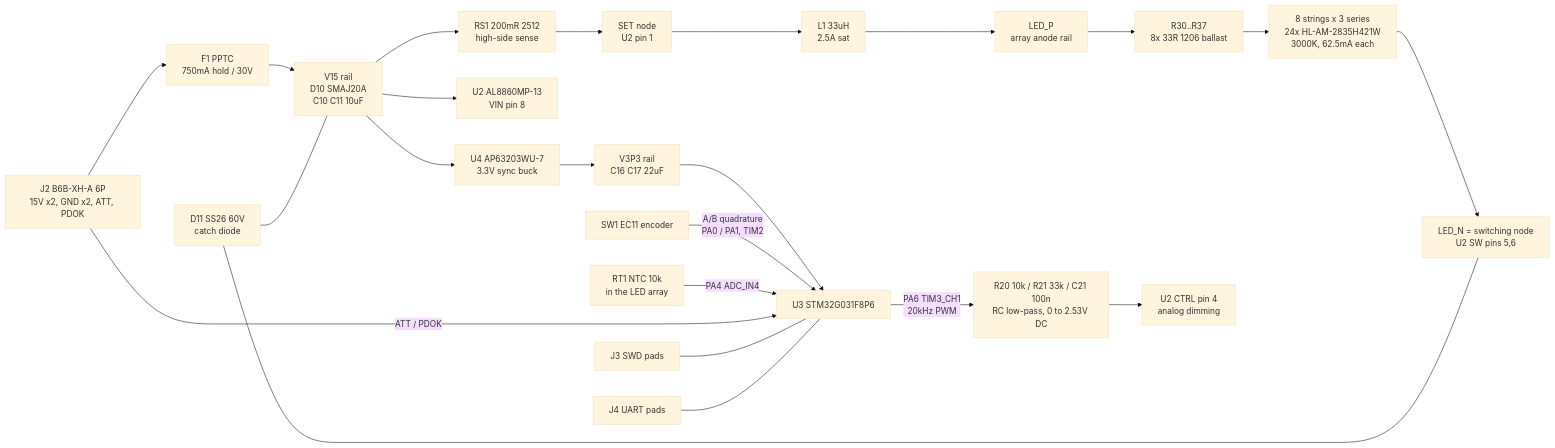
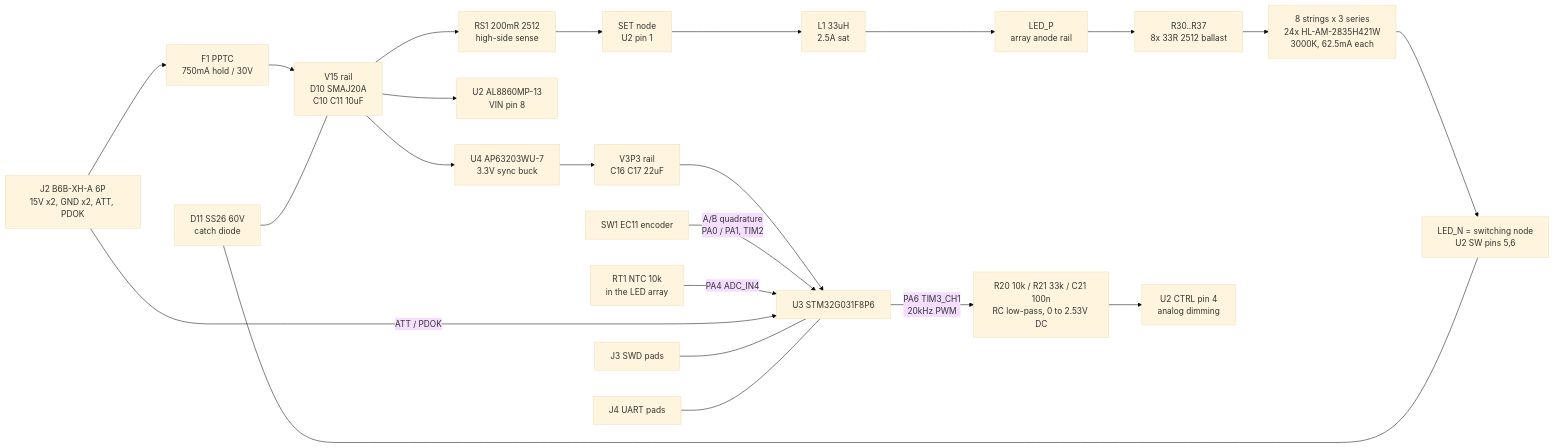
One commit to Takazudo/zudo-led-lamp changed the diagram in doc/src/content/docs/architecture/board-l.mdx. Above: the diagram before and after it, drawn with Mermaid (base theme). The commit also changed other lines of this file and 3 other files, not shown here.

````diff
--- a/doc/src/content/docs/architecture/board-l.mdx
+++ b/doc/src/content/docs/architecture/board-l.mdx
@@ -13,47 +13,47 @@
 ```mermaid
 flowchart LR
   J2["J2 B6B-XH-A 6P\n15V x2, GND x2, ATT, PDOK"]
   F1["F1 PPTC\n750mA hold / 30V"]
   V15["V15 rail\nD10 SMAJ20A\nC10 C11 10uF"]
   RS1["RS1 200mR 2512\nhigh-side sense"]
   U2["U2 AL8860MP-13\nVIN pin 8"]
   SETN["SET node\nU2 pin 1"]
   L1["L1 33uH\n2.5A sat"]
   LEDP["LED_P\narray anode rail"]
-  BAL["R30..R37\n8x 33R 1206 ballast"]
+  BAL["R30..R37\n8x 33R 2512 ballast"]
   STR["8 strings x 3 series\n24x HL-AM-2835H421W\n3000K, 62.5mA each"]
   LEDN["LED_N = switching node\nU2 SW pins 5,6"]
   D11["D11 SS26 60V\ncatch diode"]
   U4["U4 AP63203WU-7\n3.3V sync buck"]
   V33["V3P3 rail\nC16 C17 22uF"]
   U3["U3 STM32G031F8P6"]
   SW1["SW1 EC11 encoder"]
   RT1["RT1 NTC 10k\nin the LED array"]
   RCF["R20 10k / R21 33k / C21 100n\nRC low-pass, 0 to 2.53V DC"]
   CTRL["U2 CTRL pin 4\nanalog dimming"]
   J3["J3 SWD pads"]
   J4["J4 UART pads"]
 
   J2 --> F1
   F1 --> V15
   V15 --> RS1
   V15 --> U2
   RS1 --> SETN
   SETN --> L1
   L1 --> LEDP
   LEDP --> BAL
   BAL --> STR
   STR --> LEDN
   D11 --- LEDN
   D11 --- V15
   V15 --> U4
   U4 --> V33
   V33 --> U3
   SW1 -->|"A/B quadrature\nPA0 / PA1, TIM2"| U3
   RT1 -->|"PA4 ADC_IN4"| U3
   J2 -->|"ATT / PDOK"| U3
   U3 -->|"PA6 TIM3_CH1\n20kHz PWM"| RCF
   RCF --> CTRL
   J3 --- U3
   J4 --- U3
 ```
````
